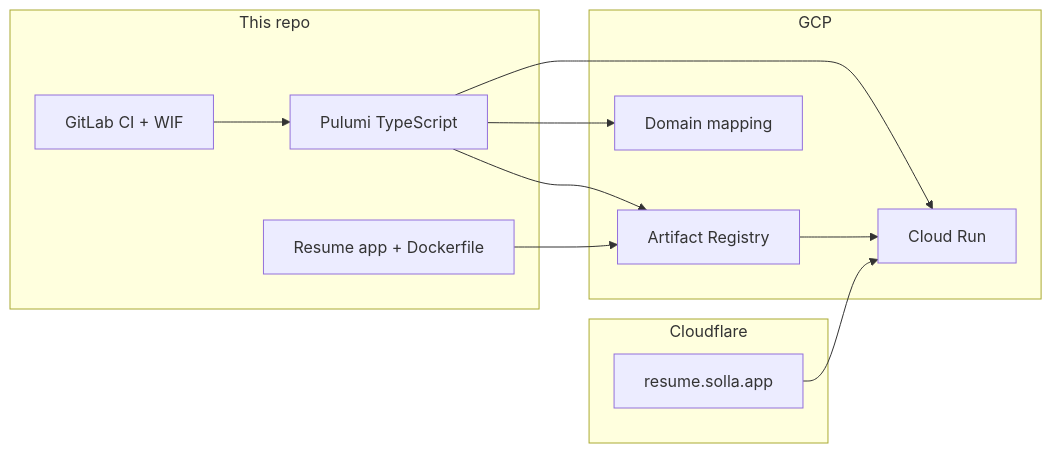
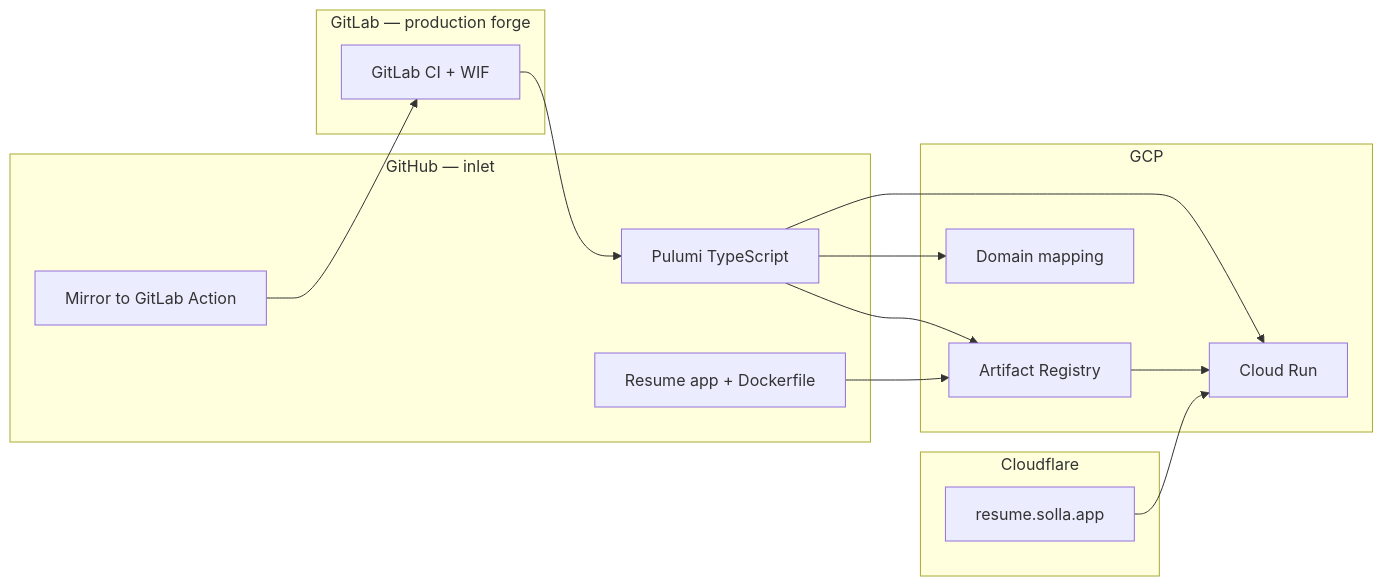
Before and after one commit to michaelsolla/pulumi-cloud-solla-resume: the diagram in docs/PLAN.md, drawn with Mermaid. The commit also changed other lines of this file and 4 other files, not shown here.

First line of the commit message:
feat: mirror GitHub to GitLab as the production forge

````diff
--- a/docs/PLAN.md
+++ b/docs/PLAN.md
@@ -13,26 +13,31 @@
 ```mermaid
 flowchart LR
-  subgraph repo [This repo]
+  subgraph inlet [GitHub — inlet]
     App[Resume app + Dockerfile]
     Pulumi[Pulumi TypeScript]
+    Mirror[Mirror to GitLab Action]
+  end
+
+  subgraph gitlab [GitLab — production forge]
     CI[GitLab CI + WIF]
   end
 
   subgraph gcp [GCP]
     AR[Artifact Registry]
     CR[Cloud Run]
     DM[Domain mapping]
   end
 
   subgraph dns [Cloudflare]
     DNS[resume.solla.app]
   end
 
+  Mirror --> CI
   CI --> Pulumi
   Pulumi --> AR
   Pulumi --> CR
   Pulumi --> DM
   App --> AR
   AR --> CR
   DNS --> CR
 ```
````
